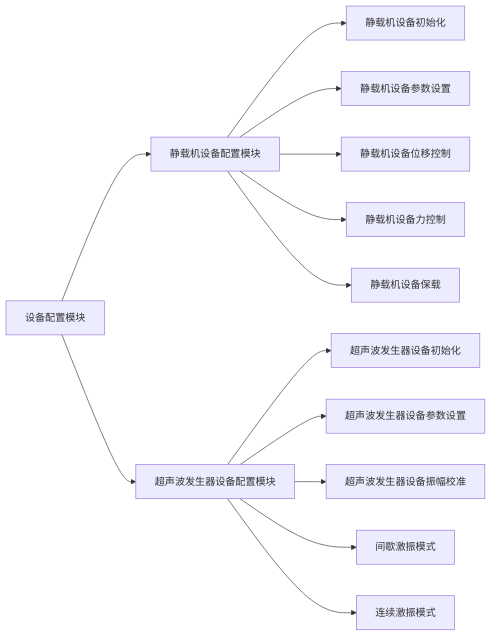
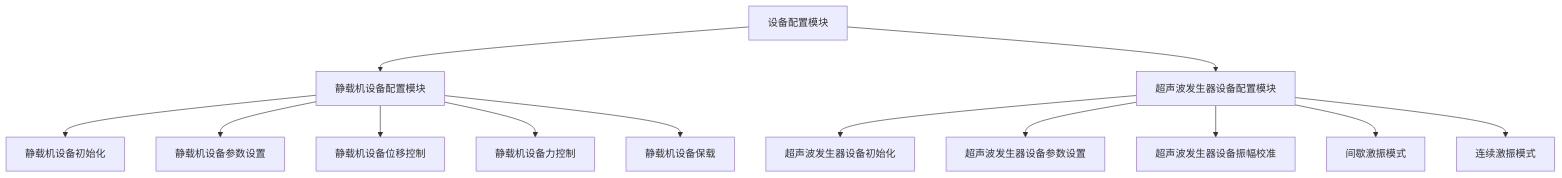
Before and after one commit to hhool/anxi_doc: the seventh of 11 diagrams in README.md, drawn with Mermaid. The commit also changed other lines of this file and 1 other file, not shown here.

````diff
--- a/README.md
+++ b/README.md
@@ -81,15 +125,15 @@
 ```mermaid
-graph LR
-    设备配置模块 --> 静载机设备配置模块
+graph TD
+    设备配置模块 --> 静载机设备配置模块 
     设备配置模块 --> 超声波发生器设备配置模块
     静载机设备配置模块 --> 静载机设备初始化
     静载机设备配置模块 --> 静载机设备参数设置
     静载机设备配置模块 --> 静载机设备位移控制
     静载机设备配置模块 --> 静载机设备力控制
     静载机设备配置模块 --> 静载机设备保载
     超声波发生器设备配置模块 --> 超声波发生器设备初始化
     超声波发生器设备配置模块 --> 超声波发生器设备参数设置
     超声波发生器设备配置模块 --> 超声波发生器设备振幅校准
     超声波发生器设备配置模块 --> 间歇激振模式
     超声波发生器设备配置模块 --> 连续激振模式
 ```
````
